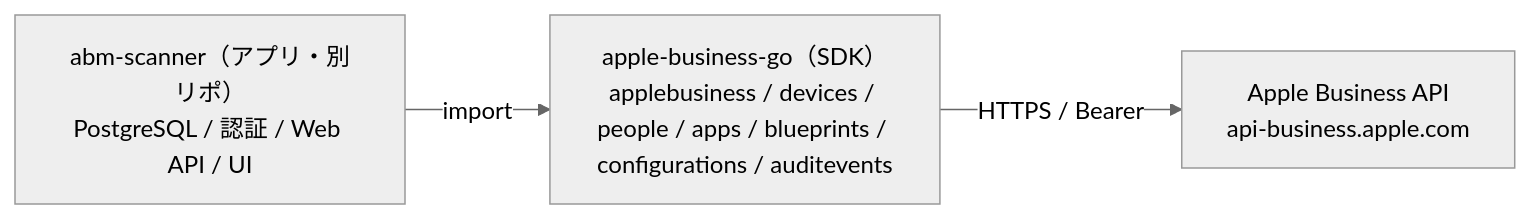
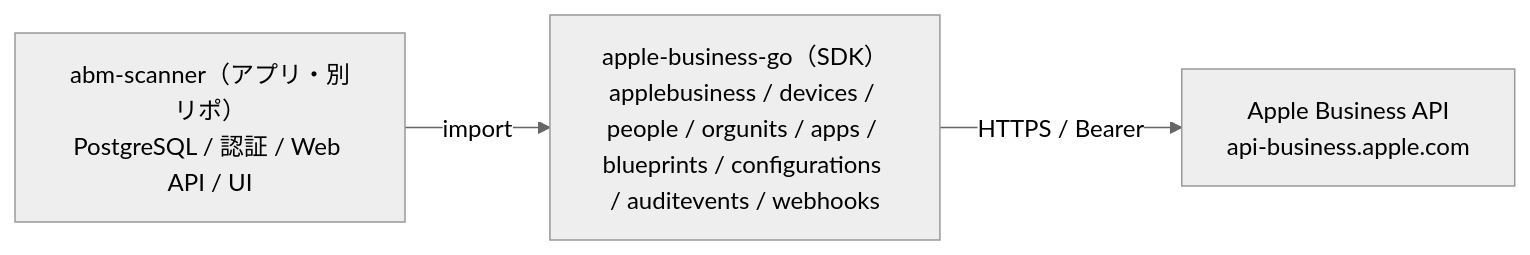
The diagram in ROADMAP.md (hitoshiichikawa/apple-business-go), drawn with Mermaid (neutral theme) before and after one commit. The commit also changed other lines of this file and 16 other files, not shown here.

First line of the commit message:
feat(webhooks): Webhook 管理 API と監査イベントを追加（Apple Business API 2.8）(#59)

````diff
--- a/ROADMAP.md
+++ b/ROADMAP.md
@@ -12,8 +12,8 @@
 ```mermaid
 flowchart LR
     app["abm-scanner（アプリ・別リポ）<br/>PostgreSQL / 認証 / Web API / UI"]
-    sdk["apple-business-go（SDK）<br/>applebusiness / devices / people / apps / blueprints / configurations / auditevents"]
+    sdk["apple-business-go（SDK）<br/>applebusiness / devices / people / orgunits / apps / blueprints / configurations / auditevents / webhooks"]
     apple["Apple Business API<br/>api-business.apple.com"]
     app -->|import| sdk
     sdk -->|HTTPS / Bearer| apple
 ```
````
